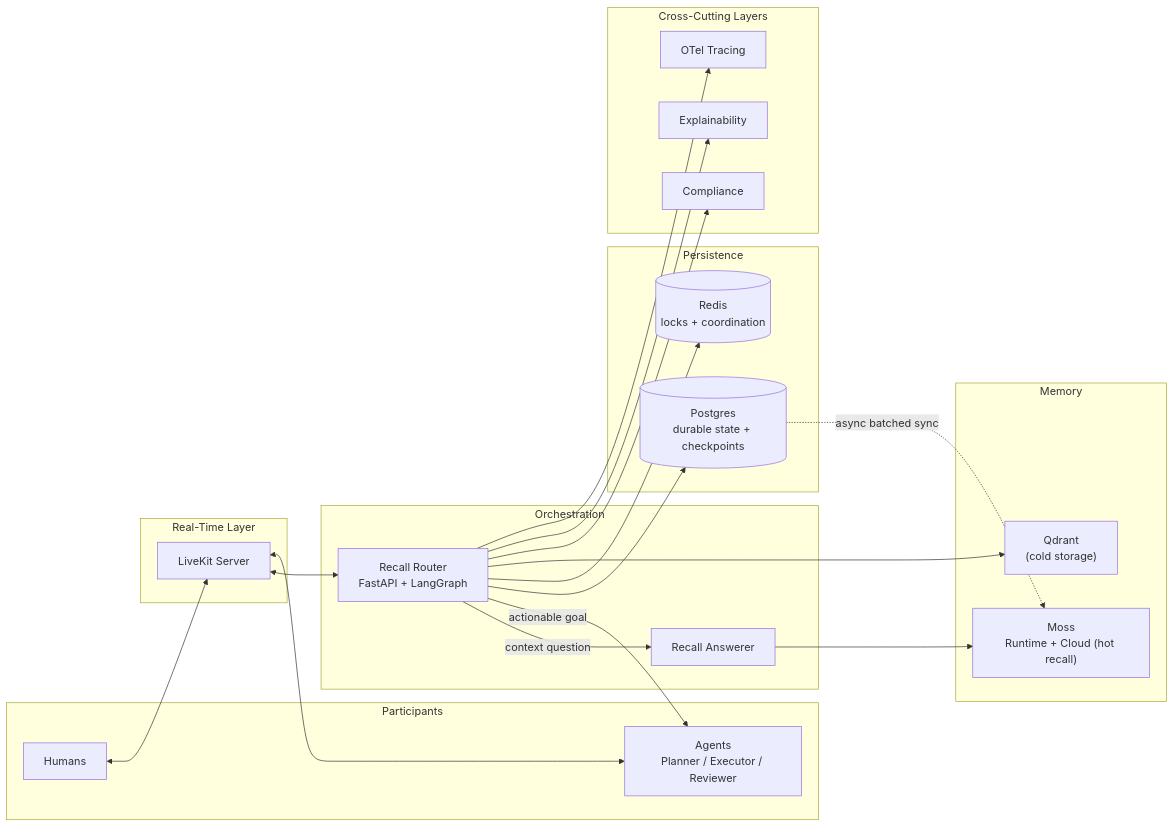
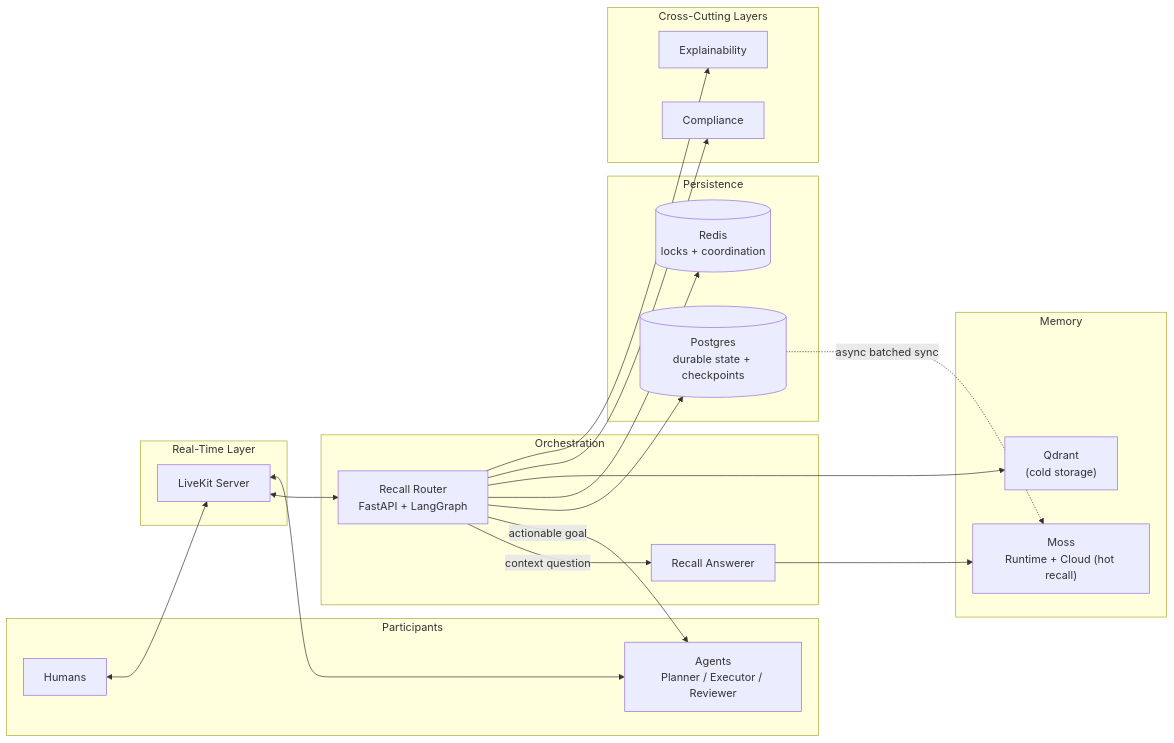
One commit to Atharva14518/semantic-moss changed the diagram in README.md. Above: the diagram before and after it, drawn with Mermaid. The commit also changed other lines of this file and 13 other files, not shown here.

````diff
--- a/README.md
+++ b/README.md
@@ -27,46 +27,45 @@
 ```mermaid
 graph LR
     subgraph Participants
         H[Humans]
         AG["Agents<br/>Planner / Executor / Reviewer"]
     end
 
     subgraph RealTime["Real-Time Layer"]
         LK[LiveKit Server]
     end
 
     subgraph Orchestration
         RR["Recall Router<br/>FastAPI + LangGraph"]
         RA[Recall Answerer]
     end
 
     subgraph Memory
         MOSS["Moss<br/>Runtime + Cloud (hot recall)"]
         QD["Qdrant<br/>(cold storage)"]
     end
 
     subgraph Persistence
         PG[("Postgres<br/>durable state + checkpoints")]
         RD[("Redis<br/>locks + coordination")]
     end
 
     subgraph CrossCutting["Cross-Cutting Layers"]
         COMP[Compliance]
         EXP[Explainability]
-        OTEL[OTel Tracing]
+
     end
 
     H <--> LK
     AG <--> LK
     LK <--> RR
     RR -- "context question" --> RA
     RA --> MOSS
     RR -- "actionable goal" --> AG
     RR --> PG
     RR --> RD
     RR --> QD
     PG -. "async batched sync" .-> MOSS
     RR --> COMP
     RR --> EXP
-    RR --> OTEL
 ```
````
